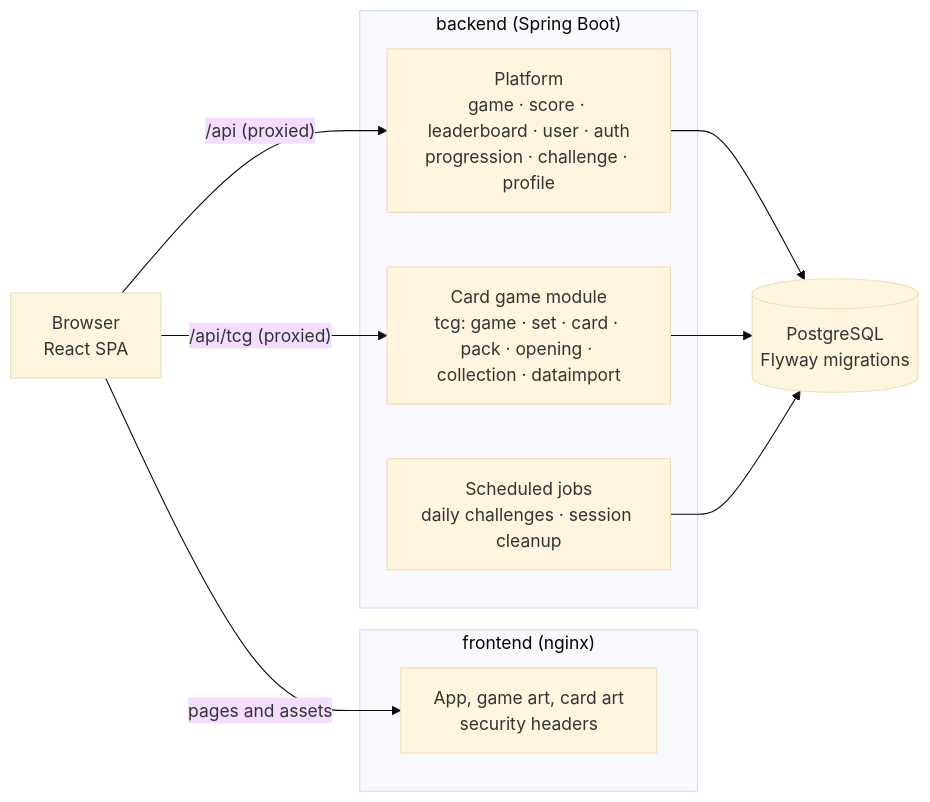
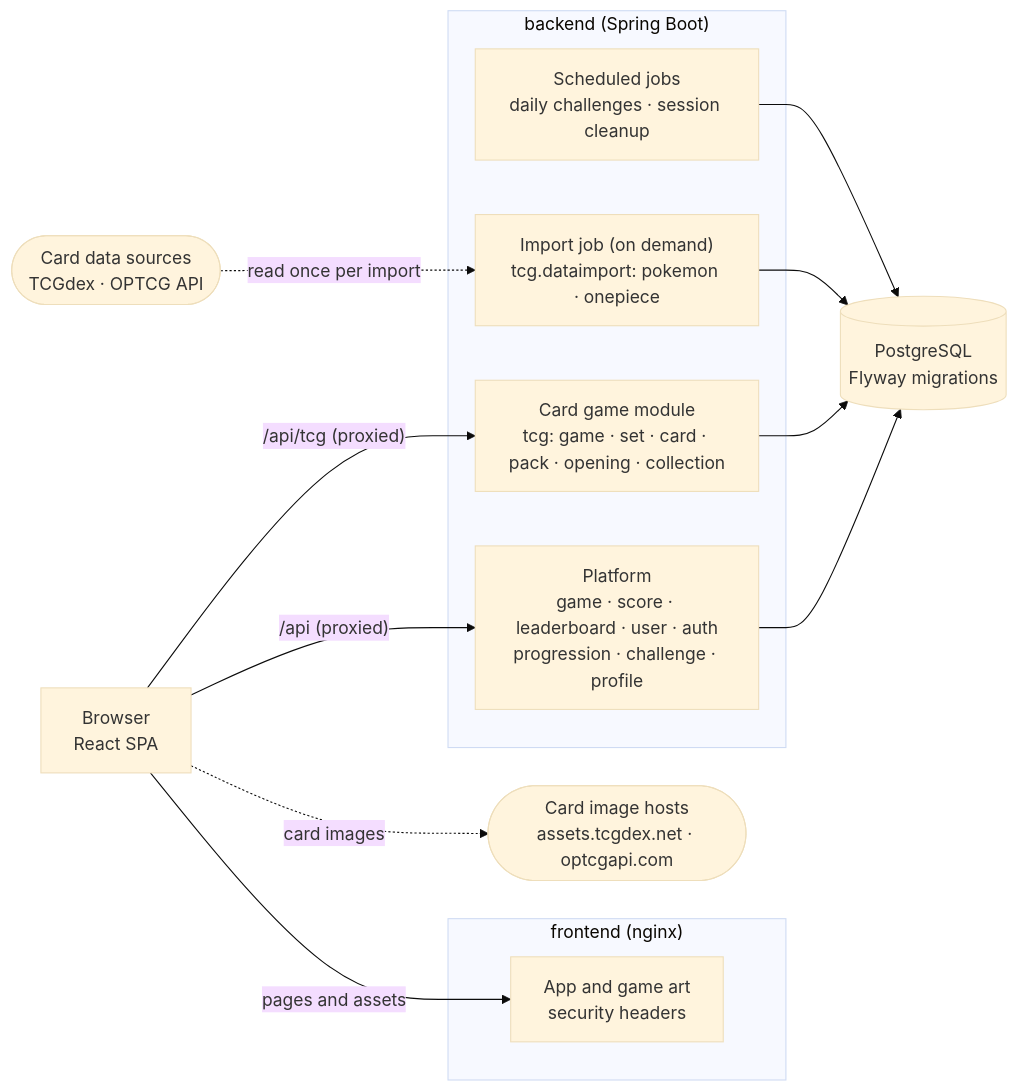
The diagram in README.md (trannguyendangtam1111/cyan-arcade), drawn with Mermaid (base theme) before and after one commit. The commit also changed other lines of this file and 158 other files, not shown here.

````diff
--- a/README.md
+++ b/README.md
@@ -61,20 +69,26 @@
 ```mermaid
 flowchart LR
   browser["Browser<br/>React SPA"]
   subgraph frontend["frontend (nginx)"]
-    static["App, game art, card art<br/>security headers"]
+    static["App and game art<br/>security headers"]
   end
   subgraph backend["backend (Spring Boot)"]
     platform["Platform<br/>game · score · leaderboard · user · auth<br/>progression · challenge · profile"]
-    tcg["Card game module<br/>tcg: game · set · card · pack · opening · collection · dataimport"]
+    tcg["Card game module<br/>tcg: game · set · card · pack · opening · collection"]
+    import["Import job (on demand)<br/>tcg.dataimport: pokemon · onepiece"]
     jobs["Scheduled jobs<br/>daily challenges · session cleanup"]
   end
   db[("PostgreSQL<br/>Flyway migrations")]
+  sources(["Card data sources<br/>TCGdex · OPTCG API"])
+  images(["Card image hosts<br/>assets.tcgdex.net · optcgapi.com"])
 
   browser -- "pages and assets" --> static
   browser -- "/api (proxied)" --> platform
   browser -- "/api/tcg (proxied)" --> tcg
+  browser -. "card images" .-> images
+  sources -. "read once per import" .-> import
   platform --> db
   tcg --> db
+  import --> db
   jobs --> db
 ```
````
